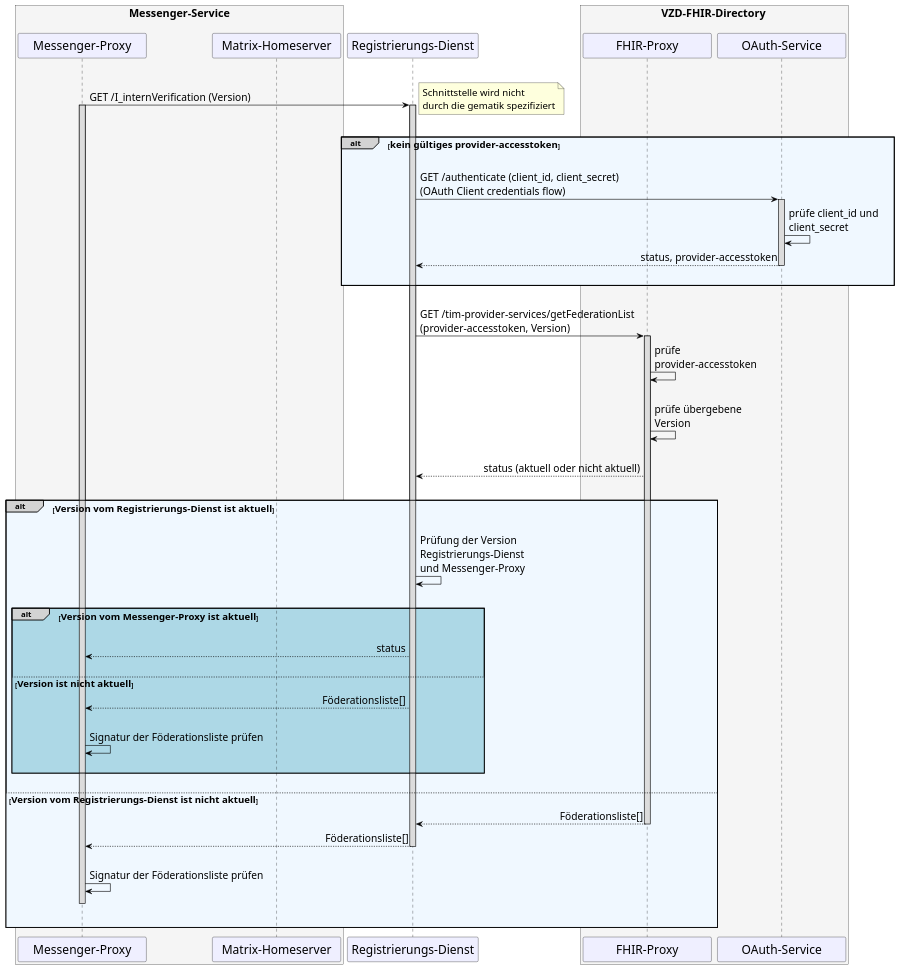
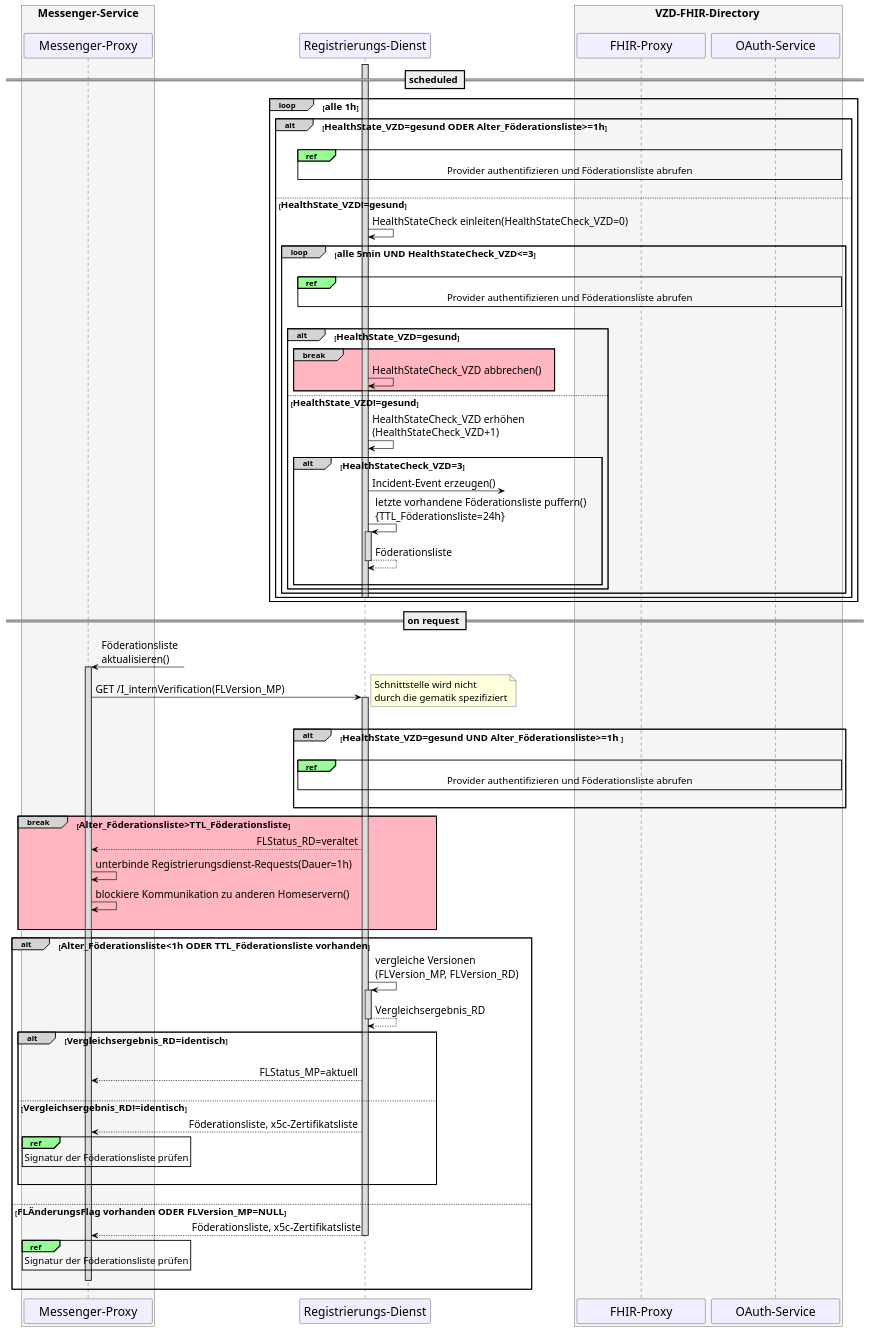
Before and after one commit to gematik/api-ti-messenger: the diagram in src/plantuml/TI-Messenger-Dienst/Ressourcen/UC_Update_Federationlist_Seq.puml, drawn with PlantUML. The commit also changed other lines of this file and 10 other files, not shown here.

```diff
--- a/src/plantuml/TI-Messenger-Dienst/Ressourcen/UC_Update_Federationlist_Seq.puml
+++ b/src/plantuml/TI-Messenger-Dienst/Ressourcen/UC_Update_Federationlist_Seq.puml
@@ -9,98 +9,136 @@
 @startuml
 skinparam sequenceMessageAlign direction
 skinparam minClassWidth 200
 skinparam BoxPadding 1
 skinparam sequenceReferenceHeaderBackgroundColor palegreen
 scale max 2048 width
 
 skinparam sequence {
 ArrowColor black
 ArrowFontSize 17
 ActorBorderColor black
 LifeLineBorderColor black
 LifeLineBackgroundColor Gainsboro
 
 ParticipantBorderColor Motivation
 ParticipantBackgroundColor Motivation
 ParticipantFontName Impact
 ParticipantFontSize 20
 ParticipantFontColor black
 ParticipantBorderColor Black
 ParticipantBackgroundColor MOTIVATION
 
 ActorBackgroundColor Gainsboro
 ActorFontColor black
 ActorFontSize 20
 ActorFontName Aapex
 }
-    box <size:18>Messenger-Service\n #WhiteSmoke
-    participant MP as "Messenger-Proxy"
-    participant MH as "Matrix-Homeserver"
-    end box
-    participant RD as "Registrierungs-Dienst"
-    box <size:18>VZD-FHIR-Directory</size> #WhiteSmoke
-      participant FP as "FHIR-Proxy"
-      participant AS as "OAuth-Service"
-    end box
+
+box <size:18>Messenger-Service\n #WhiteSmoke
+participant MP as "Messenger-Proxy"
+'participant MH as "Matrix-Homeserver"
+end box
+participant RD as "Registrierungs-Dienst"
+box <size:18>VZD-FHIR-Directory</size> #WhiteSmoke
+  participant FP as "FHIR-Proxy"
+  participant AS as "OAuth-Service"
+end box
+
+== <size:16>scheduled</size> ==
+
+loop#LightGrey <size:16>alle 1h</size>
+  alt#LightGrey <size:16>HealthState_VZD=gesund ODER Alter_Föderationsliste>=1h</size>
+  activate RD
+  |||
+  ref over AS, FP, RD
+    <size:16>Provider authentifizieren und Föderationsliste abrufen</size>
+  end ref
+  |||
+
+  else <size:16>HealthState_VZD!=gesund</size>
+    RD->RD: HealthStateCheck einleiten(HealthStateCheck_VZD=0)
+    loop#LightGrey <size:16>alle 5min UND HealthStateCheck_VZD<=3</size>
+      |||
+      ref over AS, FP, RD
+        <size:16>Provider authentifizieren und Föderationsliste abrufen</size>
+      end ref
+      |||
+      alt#LightGrey <size:16>HealthState_VZD=gesund</size>
+        break#LightGrey #LightPink
+          RD->RD: HealthStateCheck_VZD abbrechen()
+        end
+      else <size:16>HealthState_VZD!=gesund</size>
+        RD->RD: HealthStateCheck_VZD erhöhen\n(HealthStateCheck_VZD+1)
+        alt#LightGrey <size:16>HealthStateCheck_VZD=3</size>
+          RD ->?: Incident-Event erzeugen()
+          RD->RD++: letzte vorhandene Föderationsliste puffern() \n{TTL_Föderationsliste=24h}
+          return Föderationsliste
+        |||
+        end
+      end
+    end
+    'RD-[hidden]> RD
+    deactivate RD
+  end
+end
+
+== <size:16>on request</size> ==
+
+MP <-?: Föderationsliste \naktualisieren()
+activate MP
+MP->RD: GET /I_internVerification(FLVersion_MP)
+note right: <size:16>Schnittstelle wird nicht \n<size:16>durch die gematik spezifiziert</size>
+|||
+  Activate RD
+
+alt#LightGrey <size:16>HealthState_VZD=gesund UND Alter_Föderationsliste>=1h </size>
 
   |||
-  MP->RD: GET /I_internVerification (Version) 
-  note right: <size:16>Schnittstelle wird nicht \n<size:16>durch die gematik spezifiziert</size>
+  ref over AS, FP, RD
+    <size:16>Provider authentifizieren und Föderationsliste abrufen</size>
+  end ref
   |||
-    Activate MP
-    Activate RD
 
+'else <size:16>HealthState_VZD!=gesund ODER Alter_Föderationsliste<1h</size>
+'else <size:16>Alter_Föderationsliste<1h ODER TTL_Föderationsliste vorhanden</size>
 
-  alt#LightGrey #AliceBlue <size:16>kein gültiges provider-accesstoken</size>
+  'RD->RD: FLStatus_RD=aktuell
+
+end
+
+break#LightGrey #LightPink <size:16>Alter_Föderationsliste>TTL_Föderationsliste</size>
+  'RD-->MP: FLStatus_RD=veraltet
+  RD-->MP: FLStatus_RD=veraltet
+  MP->MP: unterbinde Registrierungsdienst-Requests(Dauer=1h)
+  MP->MP: blockiere Kommunikation zu anderen Homeservern()
+  |||
+end
+
+alt#LightGrey <size:16>Alter_Föderationsliste<1h ODER TTL_Föderationsliste vorhanden</size>
+  RD->RD++: vergleiche Versionen\n(FLVersion_MP, FLVersion_RD)
+  return Vergleichsergebnis_RD
+
+  alt#LightGrey <size:16>Vergleichsergebnis_RD=identisch</size>
     |||
-    RD->AS: GET /authenticate (client_id, client_secret) \n(OAuth Client credentials flow)
-      Activate AS
-    AS->AS: prüfe client_id und \nclient_secret
-    AS-->RD: status, provider-accesstoken 
-      Deactivate AS  
+    RD-->MP: FLStatus_MP=aktuell
+    |||
+
+  else <size:16>Vergleichsergebnis_RD!=identisch</size>
+    RD-->MP: Föderationsliste, x5c-Zertifikatsliste
+    ref over MP
+      <size:16>Signatur der Föderationsliste prüfen</size>
+    end ref
     |||
   end
+  |||
 
-  |||
-  RD->FP: GET /tim-provider-services/getFederationList \n(provider-accesstoken, Version)
-    Activate FP
-  FP->FP: prüfe \nprovider-accesstoken
-  |||
-  FP->FP: prüfe übergebene \nVersion
-
-|||
-
-  FP-->RD: status (aktuell oder nicht aktuell)
-  |||
-  
-alt#LightGrey #AliceBlue <size:16>Version vom Registrierungs-Dienst ist aktuell</size>
-    |||
-    RD->RD: Prüfung der Version \nRegistrierungs-Dienst \nund Messenger-Proxy
-      
-      |||
-      alt#LightGrey #LightBlue <size:16>Version vom Messenger-Proxy ist aktuell</size>
-      ||| 
-          RD-->MP: status
-          |||
-          
-          else <size:16>Version ist nicht aktuell</size>
-            RD-->MP: Föderationsliste[]
-            |||
-            MP->MP: Signatur der Föderationsliste prüfen
-            |||
-      end
-    |||
-    
-    else <size:16>Version vom Registrierungs-Dienst ist nicht aktuell</size>
-       FP-->RD: Föderationsliste[]
-        Deactivate FP
-      RD-->MP: Föderationsliste[]
-        Deactivate RD
-      |||
-      MP->MP: Signatur der Föderationsliste prüfen
-      'Needed for correct deactivation in case last message is message to itself
-      MP-[hidden]->MP
-        deactivate MP
-    |||
+else <size:16>FLÄnderungsFlag vorhanden ODER FLVersion_MP=NULL</size>
+  RD-->MP: Föderationsliste, x5c-Zertifikatsliste
+  Deactivate RD
+  ref over MP
+    <size:16>Signatur der Föderationsliste prüfen</size>
+  end ref
+  MP-[hidden]> MP
+  deactivate MP
 end
 @enduml
```
